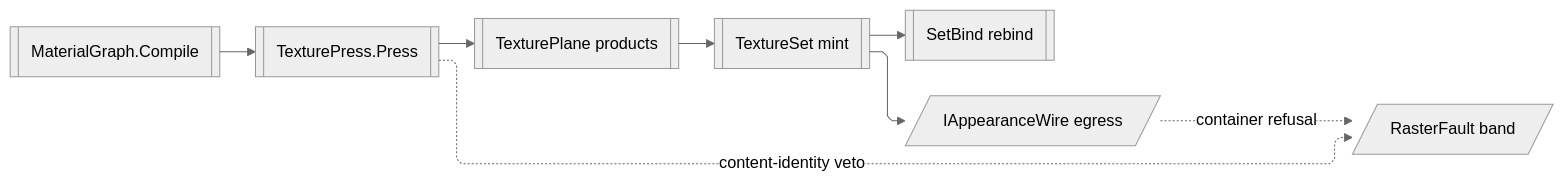
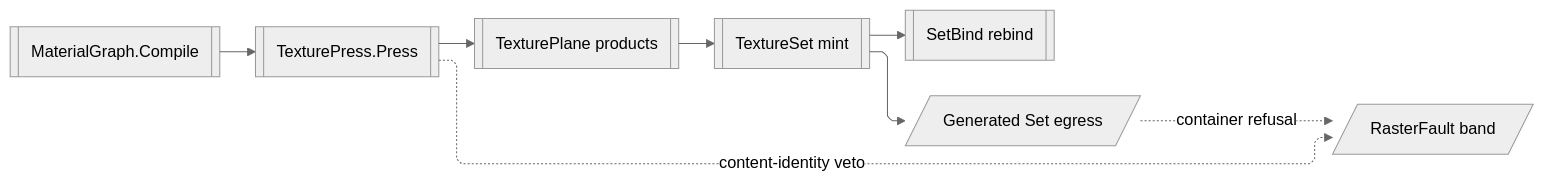
One commit to bsamiee/Rasm changed the fifth of 5 diagrams in libs/csharp/Rasm.Materials/ARCHITECTURE.md. Above: the diagram before and after it, drawn with Mermaid (neutral theme). The commit also changed other lines of this file and 820 other files, not shown here.

````diff
--- a/libs/csharp/Rasm.Materials/ARCHITECTURE.md
+++ b/libs/csharp/Rasm.Materials/ARCHITECTURE.md
@@ -238,19 +238,19 @@
 ```mermaid
 ---
 config:
   layout: elk
   flowchart:
     curve: linear
     padding: 25
 ---
 flowchart LR
     accTitle: Rasm.Materials appearance spine
     accDescr: How a compiled material program becomes a content-keyed baked set the wire and the seam re-bind.
     Graph[[MaterialGraph.Compile]] e1@--> Press[[TexturePress.Press]]
     Press e2@--> Planes[[TexturePlane products]]
     Planes e3@--> SetMint[[TextureSet mint]]
     SetMint e4@--> Bind[[SetBind rebind]]
-    SetMint e5@--> WireEg[/IAppearanceWire egress/]
+    SetMint e5@--> WireEg[/Generated Set egress/]
     Press f1@-.->|"content-identity veto"| Fault2[/RasterFault band/]
     WireEg f2@-.->|"container refusal"| Fault2
 ```
````
